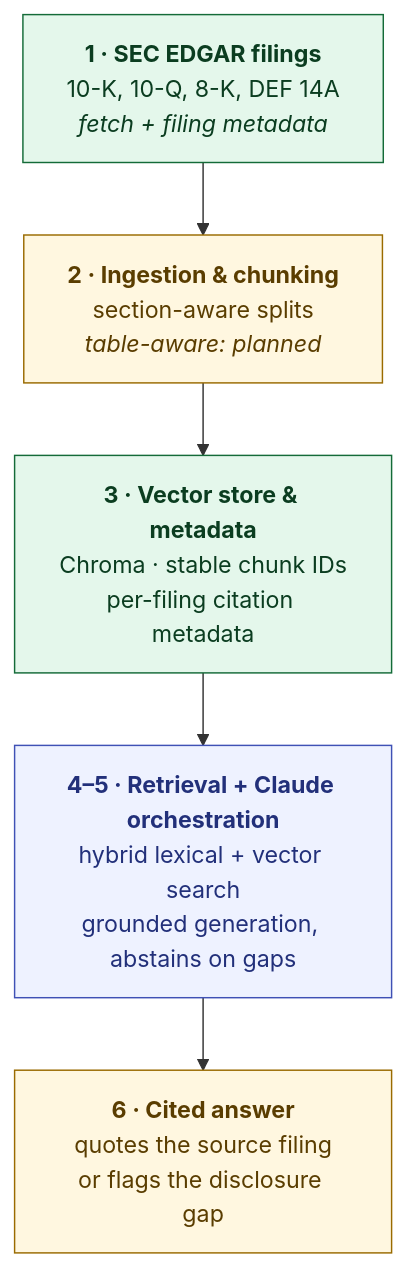
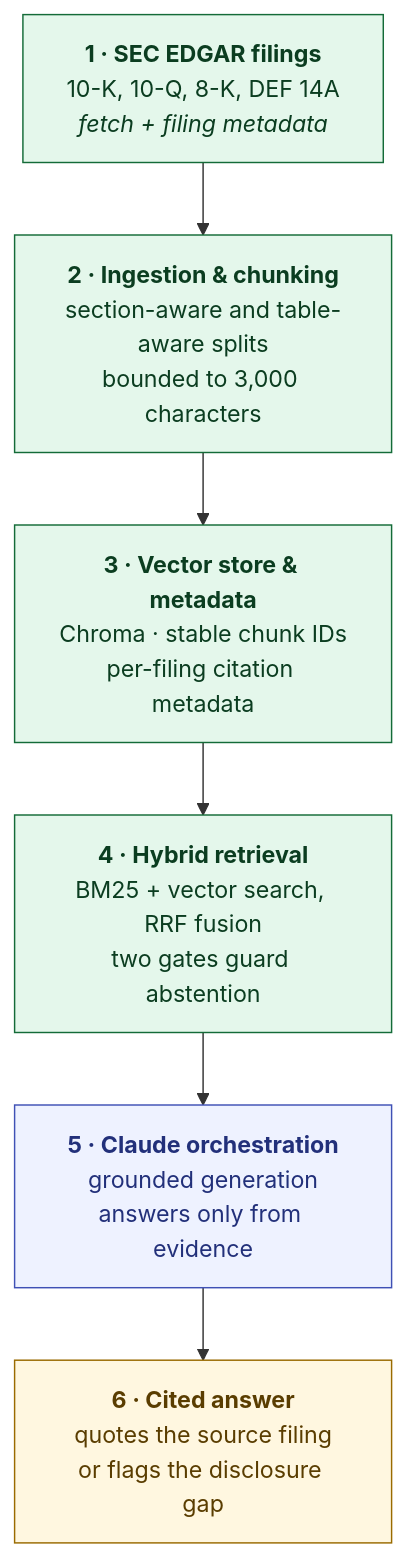
One commit to eliu1122/sec-simplifier changed the diagram in PROGRESS.md. Above: the diagram before and after it, drawn with Mermaid. The commit also changed other lines of this file and 10 other files, not shown here.

First line of the commit message:
Add Week 4 hybrid retrieval and table-aware chunking

````diff
--- a/PROGRESS.md
+++ b/PROGRESS.md
@@ -16,19 +16,19 @@
 ```mermaid
 flowchart TD
     A["<b>1 · SEC EDGAR filings</b><br/>10-K, 10-Q, 8-K, DEF 14A<br/><i>fetch + filing metadata</i>"]
-    B["<b>2 · Ingestion &amp; chunking</b><br/>section-aware splits<br/><i>table-aware: planned</i>"]
+    B["<b>2 · Ingestion &amp; chunking</b><br/>section-aware and table-aware splits<br/>bounded to 3,000 characters"]
     C["<b>3 · Vector store &amp; metadata</b><br/>Chroma · stable chunk IDs<br/>per-filing citation metadata"]
-    D["<b>4–5 · Retrieval + Claude orchestration</b><br/>hybrid lexical + vector search<br/>grounded generation, abstains on gaps"]
-    E["<b>6 · Cited answer</b><br/>quotes the source filing<br/>or flags the disclosure gap"]
+    D["<b>4 · Hybrid retrieval</b><br/>BM25 + vector search, RRF fusion<br/>two gates guard abstention"]
+    E["<b>5 · Claude orchestration</b><br/>grounded generation<br/>answers only from evidence"]
+    F["<b>6 · Cited answer</b><br/>quotes the source filing<br/>or flags the disclosure gap"]
 
-    A --> B --> C --> D --> E
+    A --> B --> C --> D --> E --> F
 
     classDef done fill:#e4f7eb,stroke:#146b38,color:#0b3d20;
     classDef partial fill:#fff7e0,stroke:#9a6b00,color:#5a3d00;
     classDef planned fill:#eef2ff,stroke:#3f51b5,color:#22307a;
 
-    class A,C done;
-    class B partial;
-    class D planned;
-    class E partial;
+    class A,B,C,D done;
+    class E planned;
+    class F partial;
 ```
````
